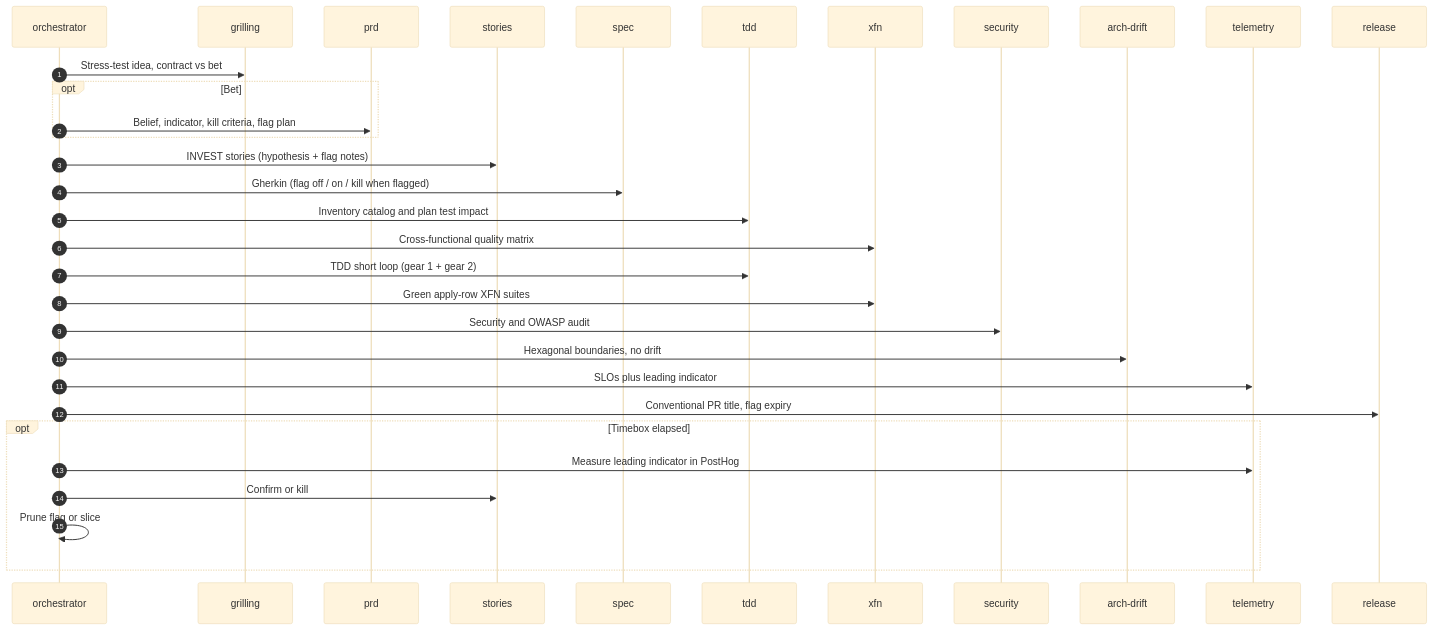
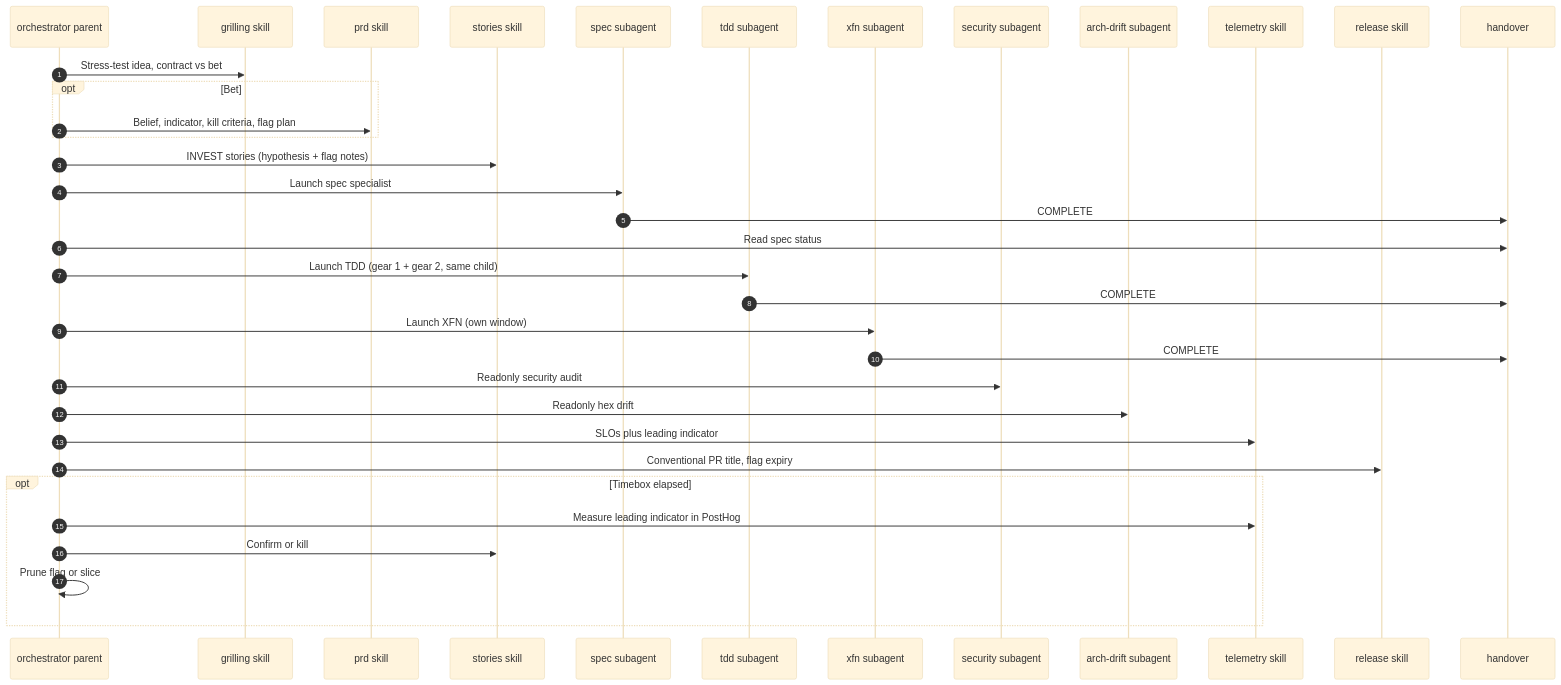
One commit to mzworthington/agent-lifecycle-kit changed the diagram in docs/lifecycle.md. Above: the diagram before and after it, drawn with Mermaid (base theme). The commit also changed other lines of this file and 62 other files, not shown here.

````diff
--- a/docs/lifecycle.md
+++ b/docs/lifecycle.md
@@ -5,35 +5,38 @@
 ```mermaid
 sequenceDiagram
   autonumber
-  participant O as orchestrator
-  participant G as grilling
-  participant P as prd
-  participant U as stories
-  participant S as spec
-  participant T as tdd
-  participant X as xfn
-  participant Sec as security
-  participant Arch as arch-drift
-  participant Tel as telemetry
-  participant R as release
+  participant O as orchestrator parent
+  participant G as grilling skill
+  participant P as prd skill
+  participant U as stories skill
+  participant S as spec subagent
+  participant T as tdd subagent
+  participant X as xfn subagent
+  participant Sec as security subagent
+  participant Arch as arch-drift subagent
+  participant Tel as telemetry skill
+  participant R as release skill
+  participant Disk as handover
 
   O->>G: Stress-test idea, contract vs bet
   opt Bet
     O->>P: Belief, indicator, kill criteria, flag plan
   end
   O->>U: INVEST stories (hypothesis + flag notes)
-  O->>S: Gherkin (flag off / on / kill when flagged)
-  O->>T: Inventory catalog and plan test impact
-  O->>X: Cross-functional quality matrix
-  O->>T: TDD short loop (gear 1 + gear 2)
-  O->>X: Green apply-row XFN suites
-  O->>Sec: Security and OWASP audit
-  O->>Arch: Hexagonal boundaries, no drift
+  O->>S: Launch spec specialist
+  S->>Disk: COMPLETE
+  O->>Disk: Read spec status
+  O->>T: Launch TDD (gear 1 + gear 2, same child)
+  T->>Disk: COMPLETE
+  O->>X: Launch XFN (own window)
+  X->>Disk: COMPLETE
+  O->>Sec: Readonly security audit
+  O->>Arch: Readonly hex drift
   O->>Tel: SLOs plus leading indicator
   O->>R: Conventional PR title, flag expiry
   opt Timebox elapsed
     O->>Tel: Measure leading indicator in PostHog
     O->>U: Confirm or kill
     O->>O: Prune flag or slice
   end
 ```
````
